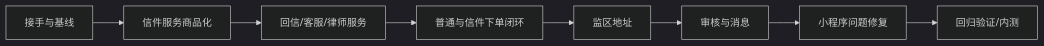
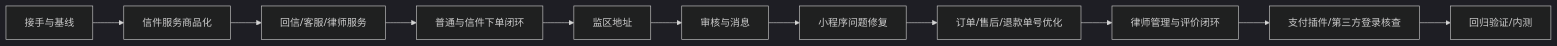
Before and after one commit to gitYelm/promanage: the diagram in docs/项目管理/Flycard-dev2需求缺陷进度整合.md, drawn with Mermaid (dark theme). The commit also changed other lines of this file and 93 other files, not shown here.

````diff
--- a/docs/项目管理/Flycard-dev2需求缺陷进度整合.md
+++ b/docs/项目管理/Flycard-dev2需求缺陷进度整合.md
@@ -114,10 +147,13 @@
 ```mermaid
 flowchart LR
-    A[接手与基线] --> B[信件服务商品化]
-    B --> C[回信/客服/律师服务]
-    C --> D[普通与信件下单闭环]
-    D --> E[监区地址]
-    E --> F[审核与消息]
-    F --> G[小程序问题修复]
-    G --> H[回归验证/内测]
+    A["接手与基线"] --> B["信件服务商品化"]
+    B --> C["回信/客服/律师服务"]
+    C --> D["普通与信件下单闭环"]
+    D --> E["监区地址"]
+    E --> F["审核与消息"]
+    F --> G["小程序问题修复"]
+    G --> H["订单/售后/退款单号优化"]
+    H --> I["律师管理与评价闭环"]
+    I --> J["支付插件/第三方登录核查"]
+    J --> K["回归验证/内测"]
 ```
````
